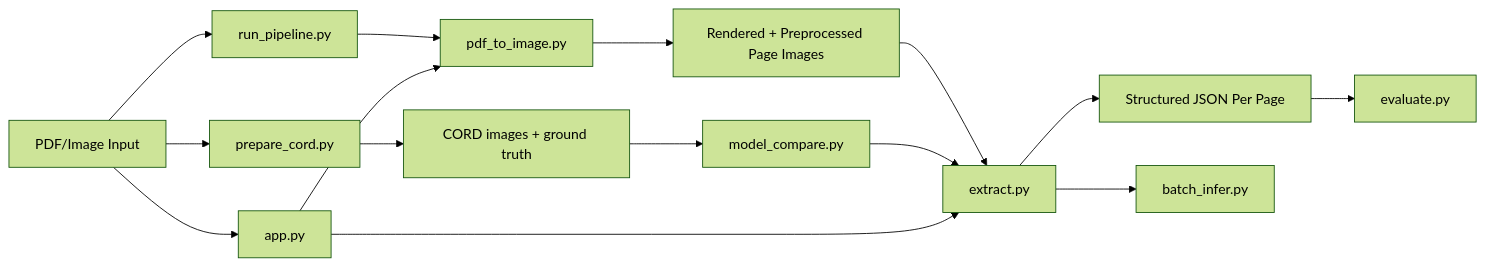
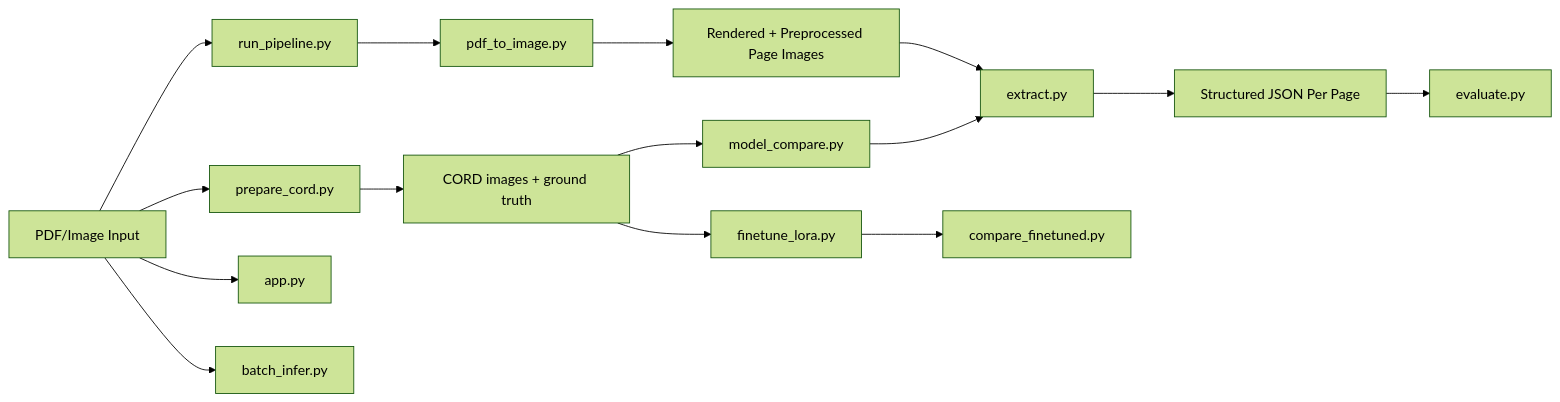
One commit to SushOS/VLM-Extraction-Reasoning changed the diagram in README.md. Above: the diagram before and after it, drawn with Mermaid (forest theme). The commit also changed other lines of this file and 1 other file, not shown here.

````diff
--- a/README.md
+++ b/README.md
@@ -42,17 +50,17 @@
 ```mermaid
 flowchart LR
     A[PDF/Image Input] --> B[run_pipeline.py]
     B --> C[pdf_to_image.py]
     C --> D[Rendered + Preprocessed Page Images]
     D --> E[extract.py]
     E --> F[Structured JSON Per Page]
     F --> G[evaluate.py]
     A --> H[prepare_cord.py]
     H --> I[CORD images + ground truth]
     I --> J[model_compare.py]
     J --> E
-    A --> K[app.py]
-    K --> C
-    K --> E
-    E --> L[batch_infer.py]
+    I --> K[finetune_lora.py]
+    K --> L[compare_finetuned.py]
+    A --> M[app.py]
+    A --> N[batch_infer.py]
 ```
````
